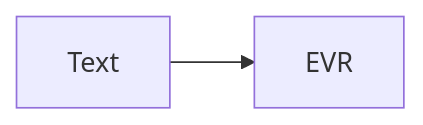
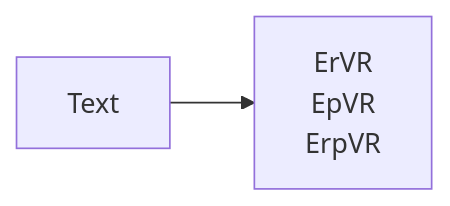
Before and after one commit to mariogarcia-ar/docflow: the third of 8 diagrams in workflow.md, drawn with Mermaid. The commit also changed other lines of this file, not shown here.

````diff
--- a/workflow.md
+++ b/workflow.md
@@ -139,4 +140,4 @@
 ```mermaid
 graph LR
-    A["Text"] --> B["EVR"]
+    A["Text"] --> B["ErVR<br/>EpVR<br/>ErpVR"]
 ```
````
